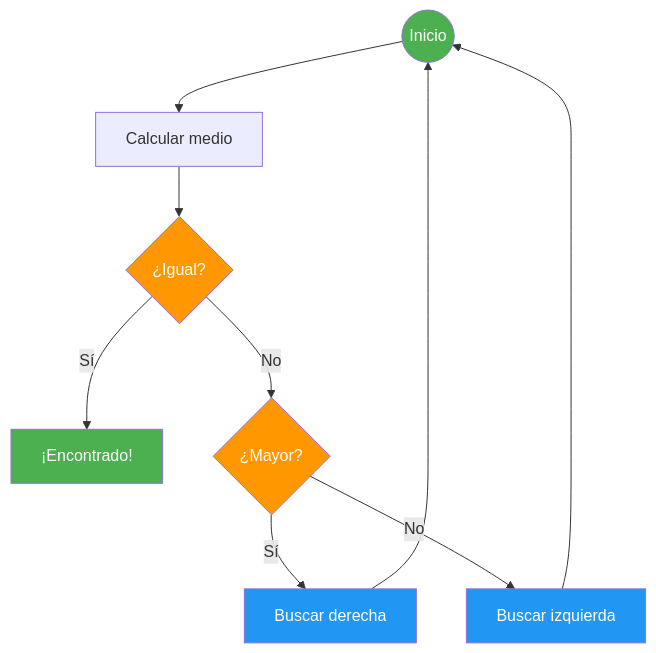
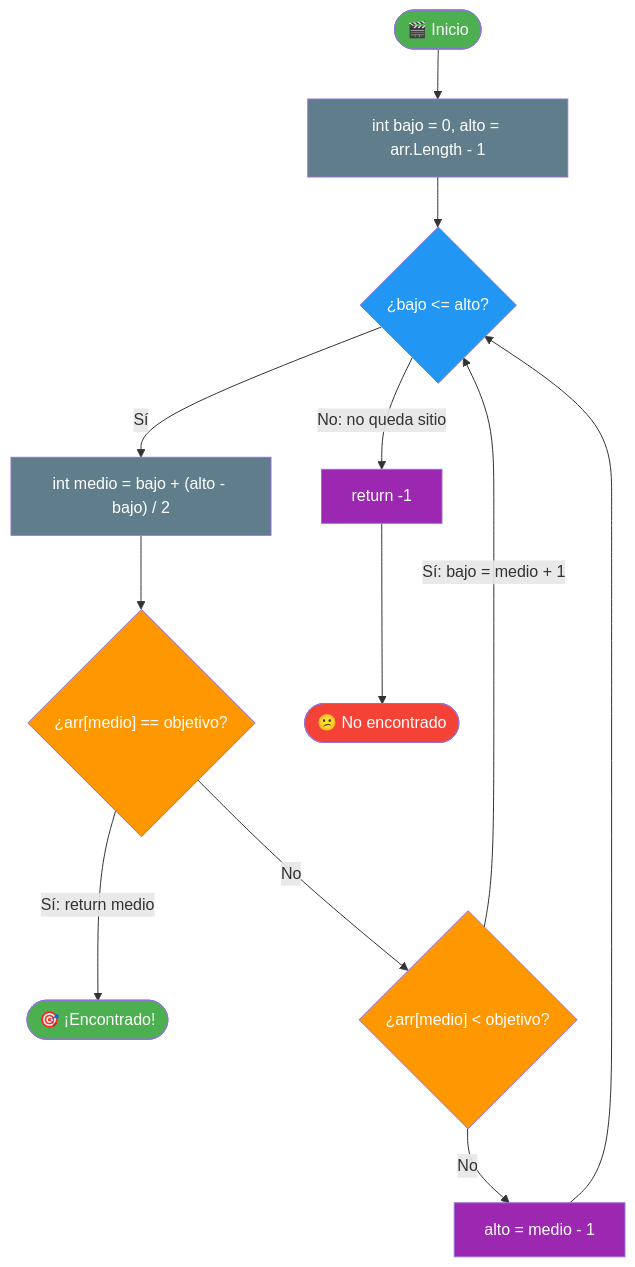
One commit to joseluisgs/Programacion-03-2026-2027 changed diagram 15 of 18 in 07-ordenacion-busqueda.md. Above: the diagram before and after it, drawn with Mermaid. The commit also changed other lines of this file and 3 other files, not shown here.

````diff
--- a/07-ordenacion-busqueda.md
+++ b/07-ordenacion-busqueda.md
@@ -436,17 +650,24 @@
 ```mermaid
 graph TD
-    S(("Inicio")) --> MID["Calcular medio"]
-    MID --> COMP{"¿Igual?"}
-    COMP -->|"Sí"| OK["¡Encontrado!"]
-    COMP -->|"No"| DIR{"¿Mayor?"}
-    DIR -->|"Sí"| DER["Buscar derecha"]
-    DIR -->|"No"| IZQ["Buscar izquierda"]
-    DER --> S
-    IZQ --> S
-    style S fill:#4CAF50,color:#fff
+    INICIO(["🎬 Inicio"]) --> L3["int bajo = 0, alto = arr.Length - 1"]
+    L3 --> L4{"¿bajo &lt;= alto?"}
+    L4 -->|"Sí"| L8["int medio = bajo + (alto - bajo) / 2"]
+    L4 -->|"No: no queda sitio"| L13["return -1"]
+    L8 --> L9{"¿arr[medio] == objetivo?"}
+    L9 -->|"Sí: return medio"| OK(["🎯 ¡Encontrado!"])
+    L9 -->|"No"| L10{"¿arr[medio] &lt; objetivo?"}
+    L10 -->|"Sí: bajo = medio + 1"| L4
+    L10 -->|"No"| L11["alto = medio - 1"]
+    L11 --> L4
+    L13 --> KO(["😕 No encontrado"])
+    style INICIO fill:#4CAF50,color:#fff
     style OK fill:#4CAF50,color:#fff
-    style COMP fill:#FF9800,color:#fff
-    style DIR fill:#FF9800,color:#fff
-    style DER fill:#2196F3,color:#fff
-    style IZQ fill:#2196F3,color:#fff
+    style KO fill:#f44336,color:#fff
+    style L4 fill:#2196F3,color:#fff
+    style L9 fill:#FF9800,color:#fff
+    style L10 fill:#FF9800,color:#fff
+    style L3 fill:#607D8B,color:#fff
+    style L8 fill:#607D8B,color:#fff
+    style L11 fill:#9C27B0,color:#fff
+    style L13 fill:#9C27B0,color:#fff
 ```
````
